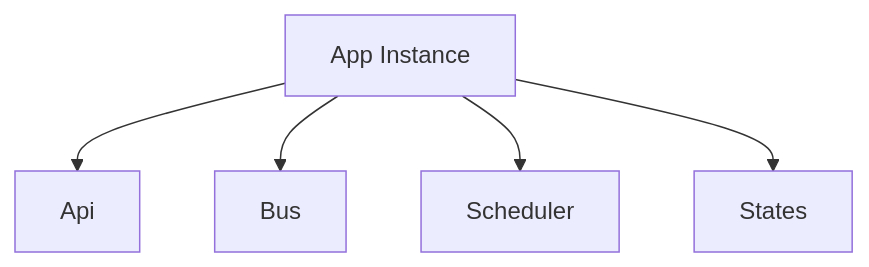
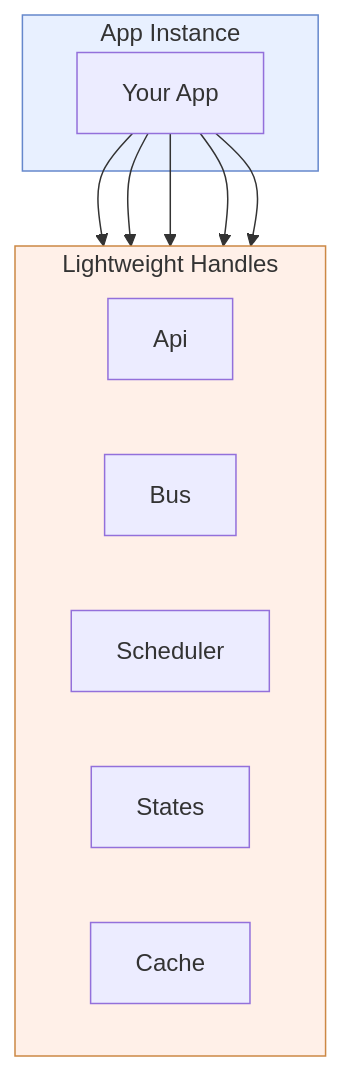
One commit to NodeJSmith/hassette changed the third of 4 diagrams in docs/pages/core-concepts/index.md. Above: the diagram before and after it, drawn with Mermaid. The commit also changed other lines of this file and 11 other files, not shown here.

First line of the commit message:
docs: add system internals page with architecture deep-dive diagrams (#605)

````diff
--- a/docs/pages/core-concepts/index.md
+++ b/docs/pages/core-concepts/index.md
@@ -71,8 +108,20 @@
 ```mermaid
-graph TB
-    APP[App Instance]
-    APP --> API[Api]
-    APP --> BUS[Bus]
-    APP --> SCHED[Scheduler]
-    APP --> STATES[States]
+flowchart TD
+    subgraph app["App Instance"]
+        APP["Your App"]
+    end
+
+    subgraph handles["Lightweight Handles"]
+        direction LR
+        API[Api]
+        BUS[Bus]
+        SCHED[Scheduler]
+        STATES[States]
+        CACHE[Cache]
+    end
+
+    APP --> API & BUS & SCHED & STATES & CACHE
+
+    style app fill:#e8f0ff,stroke:#6688cc
+    style handles fill:#fff0e8,stroke:#cc8844
 ```
````
